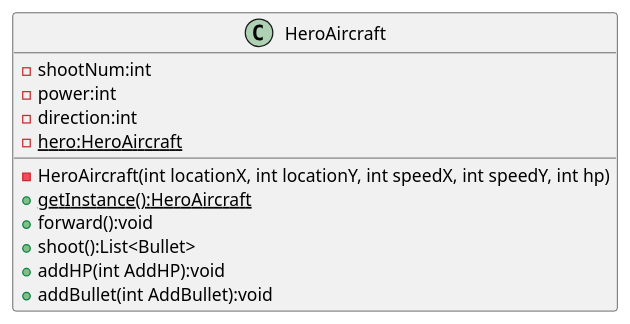
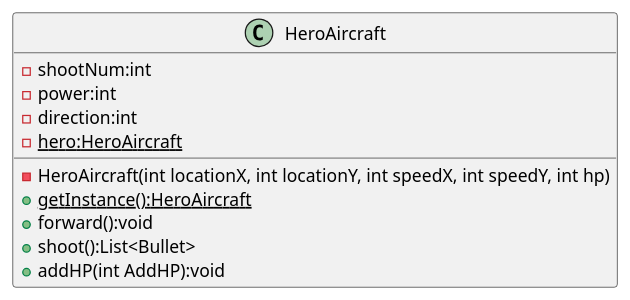
One commit to HITlgw/AircraftWar-base changed the diagram in uml/Singleton_HeroAircraft.puml. Above: the diagram before and after it, drawn with PlantUML. The commit also changed 13 other files, not shown here.

```diff
--- a/uml/Singleton_HeroAircraft.puml
+++ b/uml/Singleton_HeroAircraft.puml
@@ -1,18 +1,18 @@
 @startuml
 'https://plantuml.com/class-diagram
 class HeroAircraft {
     - shootNum:int
     - power:int
     - direction:int
     - {static}hero:HeroAircraft
 
     - HeroAircraft(int locationX, int locationY, int speedX, int speedY, int hp)
     + {static}getInstance():HeroAircraft
     + forward():void
     + shoot():List<Bullet>
     + addHP(int AddHP):void
-    + addBullet(int AddBullet):void
+
 }
 
 
 @enduml
```
